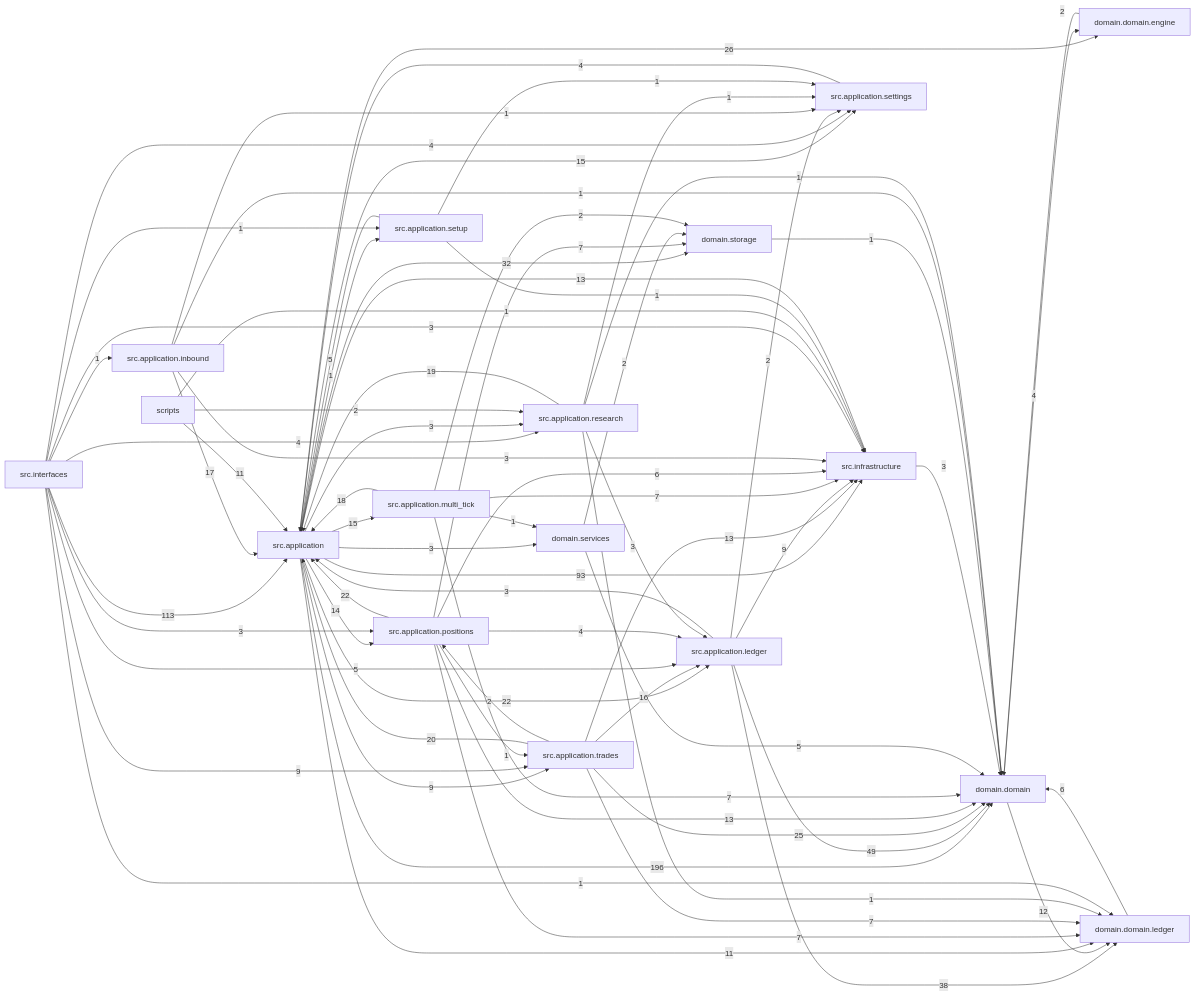
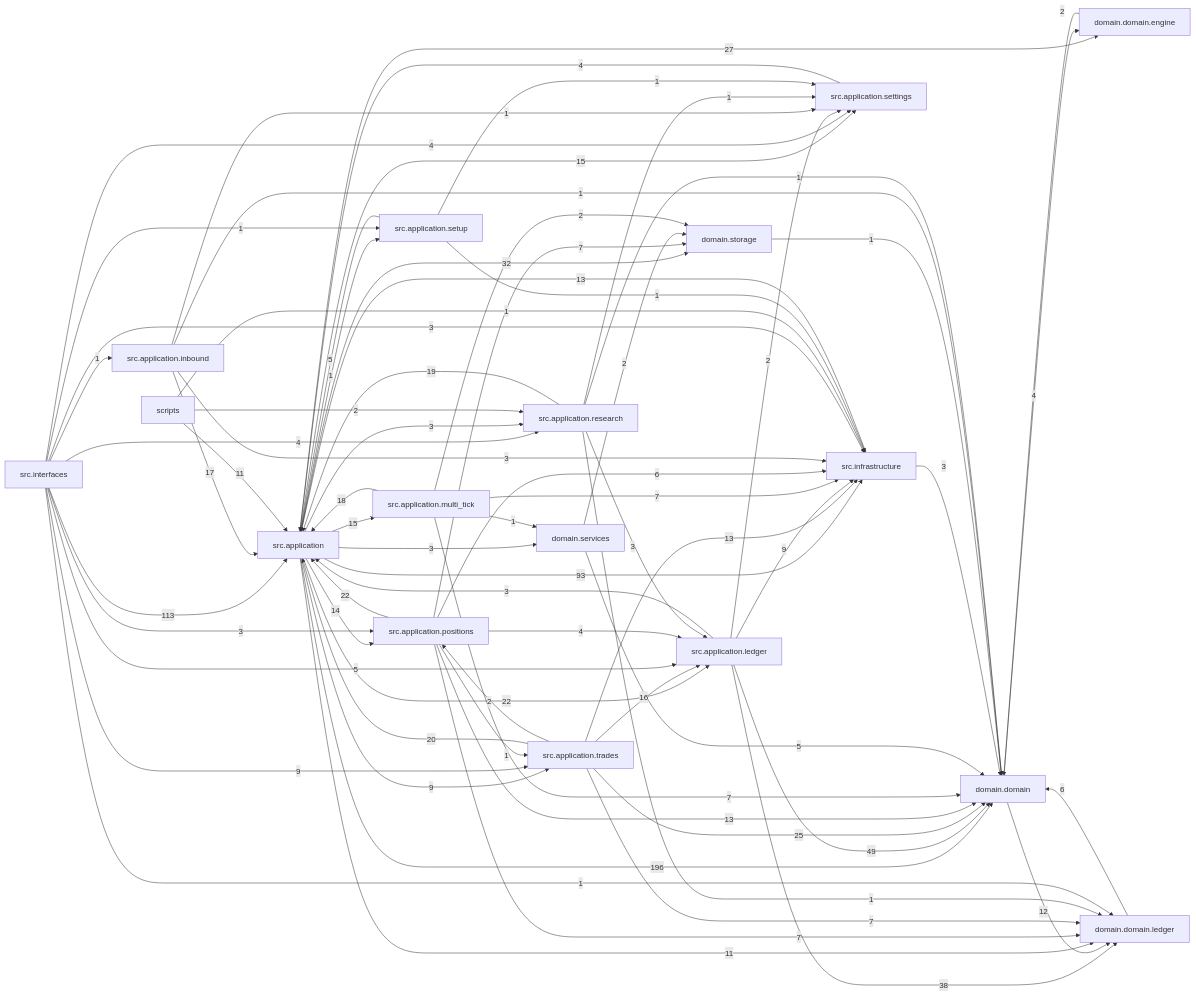
The diagram in docs/dependency_graph.mmd (liuxie066/options-monitor), drawn with Mermaid before and after one commit. The commit also changed 15 other files, not shown here.

```diff
--- a/docs/dependency_graph.mmd
+++ b/docs/dependency_graph.mmd
@@ -1,72 +1,72 @@
 flowchart LR
   src_application["src.application"] -->|196| domain_domain["domain.domain"]
   src_interfaces["src.interfaces"] -->|113| src_application["src.application"]
   src_application["src.application"] -->|93| src_infrastructure["src.infrastructure"]
   src_application_ledger["src.application.ledger"] -->|49| domain_domain["domain.domain"]
   src_application_ledger["src.application.ledger"] -->|38| domain_domain_ledger["domain.domain.ledger"]
   src_application["src.application"] -->|32| domain_storage["domain.storage"]
-  src_application["src.application"] -->|26| domain_domain_engine["domain.domain.engine"]
+  src_application["src.application"] -->|27| domain_domain_engine["domain.domain.engine"]
   src_application_trades["src.application.trades"] -->|25| domain_domain["domain.domain"]
   src_application["src.application"] -->|22| src_application_ledger["src.application.ledger"]
   src_application_positions["src.application.positions"] -->|22| src_application["src.application"]
   src_application_trades["src.application.trades"] -->|20| src_application["src.application"]
   src_application_research["src.application.research"] -->|19| src_application["src.application"]
   src_application_multi_tick["src.application.multi_tick"] -->|18| src_application["src.application"]
   src_application_inbound["src.application.inbound"] -->|17| src_application["src.application"]
   src_application_trades["src.application.trades"] -->|16| src_application_ledger["src.application.ledger"]
   src_application["src.application"] -->|15| src_application_multi_tick["src.application.multi_tick"]
   src_application["src.application"] -->|15| src_application_settings["src.application.settings"]
   src_application["src.application"] -->|14| src_application_positions["src.application.positions"]
   src_application_positions["src.application.positions"] -->|13| domain_domain["domain.domain"]
   src_application_trades["src.application.trades"] -->|13| src_infrastructure["src.infrastructure"]
   src_infrastructure["src.infrastructure"] -->|13| src_application["src.application"]
   domain_domain["domain.domain"] -->|12| domain_domain_ledger["domain.domain.ledger"]
   scripts["scripts"] -->|11| src_application["src.application"]
   src_application["src.application"] -->|11| domain_domain_ledger["domain.domain.ledger"]
   src_application["src.application"] -->|9| src_application_trades["src.application.trades"]
   src_application_ledger["src.application.ledger"] -->|9| src_infrastructure["src.infrastructure"]
   src_interfaces["src.interfaces"] -->|9| src_application_trades["src.application.trades"]
   src_application_multi_tick["src.application.multi_tick"] -->|7| domain_domain["domain.domain"]
   src_application_multi_tick["src.application.multi_tick"] -->|7| src_infrastructure["src.infrastructure"]
   src_application_positions["src.application.positions"] -->|7| domain_domain_ledger["domain.domain.ledger"]
   src_application_positions["src.application.positions"] -->|7| domain_storage["domain.storage"]
   src_application_trades["src.application.trades"] -->|7| domain_domain_ledger["domain.domain.ledger"]
   domain_domain_ledger["domain.domain.ledger"] -->|6| domain_domain["domain.domain"]
   src_application_positions["src.application.positions"] -->|6| src_infrastructure["src.infrastructure"]
   domain_services["domain.services"] -->|5| domain_domain["domain.domain"]
   src_application_setup["src.application.setup"] -->|5| src_application["src.application"]
   src_interfaces["src.interfaces"] -->|5| src_application_ledger["src.application.ledger"]
   domain_domain["domain.domain"] -->|4| domain_domain_engine["domain.domain.engine"]
   src_application_positions["src.application.positions"] -->|4| src_application_ledger["src.application.ledger"]
   src_application_settings["src.application.settings"] -->|4| src_application["src.application"]
   src_interfaces["src.interfaces"] -->|4| src_application_research["src.application.research"]
   src_interfaces["src.interfaces"] -->|4| src_application_settings["src.application.settings"]
   src_application["src.application"] -->|3| domain_services["domain.services"]
   src_application["src.application"] -->|3| src_application_research["src.application.research"]
   src_application_inbound["src.application.inbound"] -->|3| src_infrastructure["src.infrastructure"]
   src_application_ledger["src.application.ledger"] -->|3| src_application["src.application"]
   src_application_research["src.application.research"] -->|3| src_application_ledger["src.application.ledger"]
   src_infrastructure["src.infrastructure"] -->|3| domain_domain["domain.domain"]
   src_interfaces["src.interfaces"] -->|3| src_application_positions["src.application.positions"]
   src_interfaces["src.interfaces"] -->|3| src_infrastructure["src.infrastructure"]
   domain_domain_engine["domain.domain.engine"] -->|2| domain_domain["domain.domain"]
   domain_services["domain.services"] -->|2| domain_storage["domain.storage"]
   scripts["scripts"] -->|2| src_application_research["src.application.research"]
   src_application_ledger["src.application.ledger"] -->|2| src_application_settings["src.application.settings"]
   src_application_multi_tick["src.application.multi_tick"] -->|2| domain_storage["domain.storage"]
   src_application_trades["src.application.trades"] -->|2| src_application_positions["src.application.positions"]
   domain_storage["domain.storage"] -->|1| domain_domain["domain.domain"]
   scripts["scripts"] -->|1| src_infrastructure["src.infrastructure"]
   src_application["src.application"] -->|1| src_application_setup["src.application.setup"]
   src_application_inbound["src.application.inbound"] -->|1| domain_domain["domain.domain"]
   src_application_inbound["src.application.inbound"] -->|1| src_application_settings["src.application.settings"]
   src_application_multi_tick["src.application.multi_tick"] -->|1| domain_services["domain.services"]
   src_application_positions["src.application.positions"] -->|1| src_application_trades["src.application.trades"]
   src_application_research["src.application.research"] -->|1| domain_domain["domain.domain"]
   src_application_research["src.application.research"] -->|1| domain_domain_ledger["domain.domain.ledger"]
   src_application_research["src.application.research"] -->|1| src_application_settings["src.application.settings"]
   src_application_setup["src.application.setup"] -->|1| src_application_settings["src.application.settings"]
   src_application_setup["src.application.setup"] -->|1| src_infrastructure["src.infrastructure"]
   src_interfaces["src.interfaces"] -->|1| domain_domain_ledger["domain.domain.ledger"]
   src_interfaces["src.interfaces"] -->|1| src_application_inbound["src.application.inbound"]
   src_interfaces["src.interfaces"] -->|1| src_application_setup["src.application.setup"]
```
